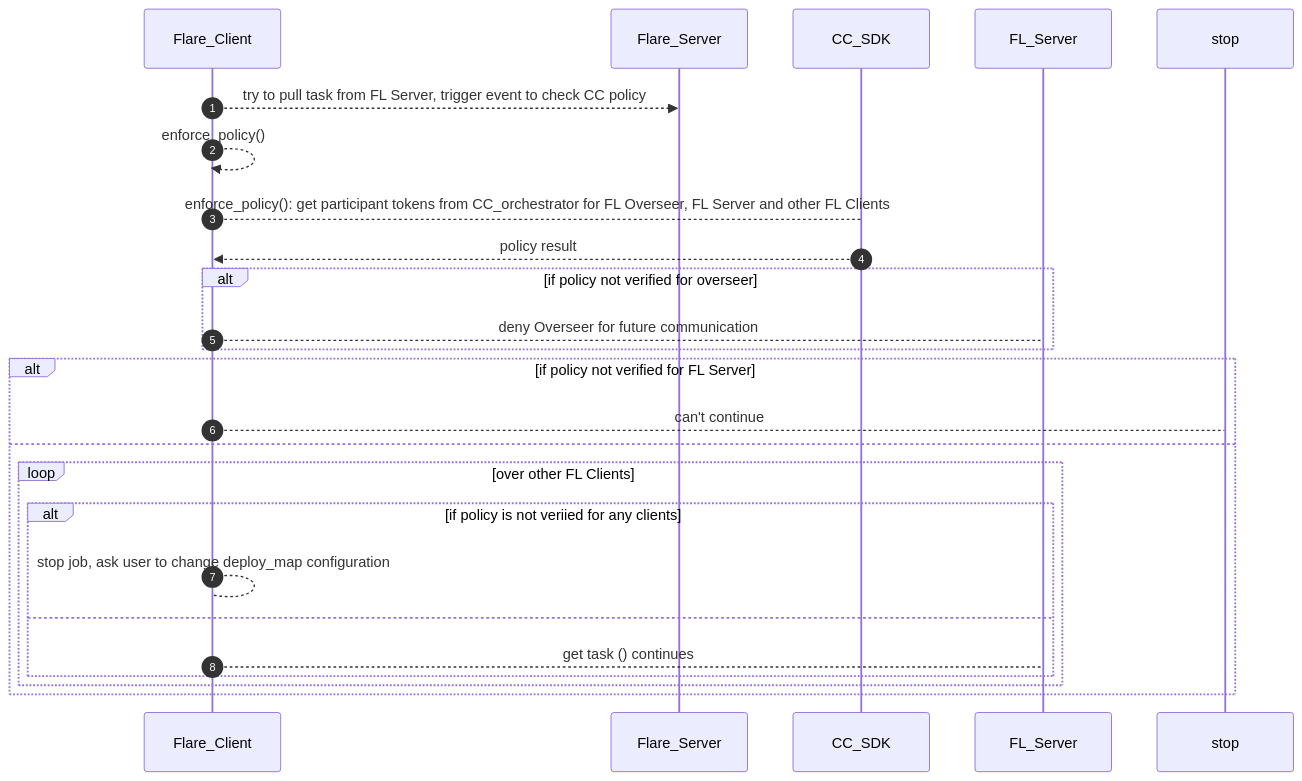
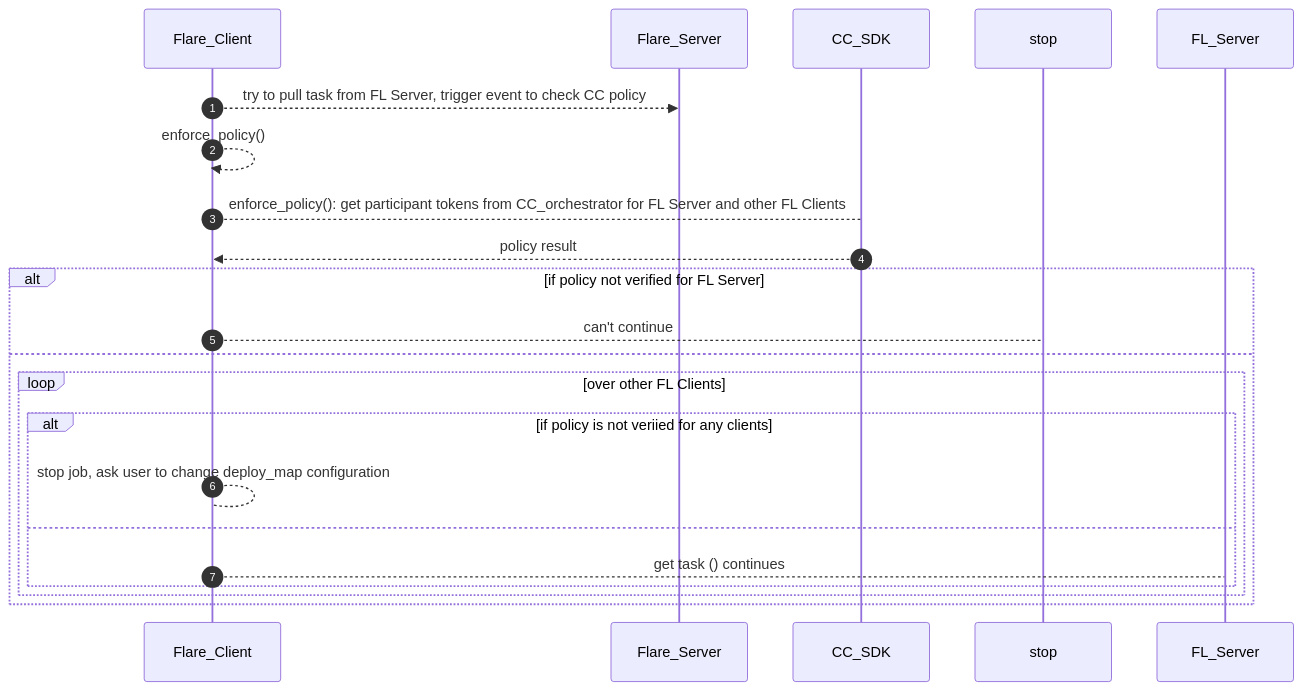
One commit to hitesh-ag1/NVFlare changed diagram 12 of 13 in docs/confidential_computing/detailed_cc_sequence_diagram.md. Above: the diagram before and after it, drawn with Mermaid. The commit also changed other lines of this file, not shown here.

Commit message:
Sequence diagram for CC

````diff
--- a/docs/confidential_computing/detailed_cc_sequence_diagram.md
+++ b/docs/confidential_computing/detailed_cc_sequence_diagram.md
@@ -294,29 +281,25 @@
 ```mermaid
 sequenceDiagram
    autonumber
 
     participant Flare_Client
     participant Flare_Server
     participant CC_SDK
     
     Flare_Client -->> Flare_Server: try to pull task from FL Server, trigger event to check CC policy
     Flare_Client -->> Flare_Client:  enforce_policy()
-    Flare_Client --> CC_SDK : enforce_policy(): get participant tokens from CC_orchestrator for FL Overseer, FL Server and other FL Clients 
+    Flare_Client --> CC_SDK : enforce_policy(): get participant tokens from CC_orchestrator for FL Server and other FL Clients 
     CC_SDK -->> Flare_Client : policy result
-    alt if policy not verified for overseer
-        Flare_Client --> FL_Server : deny Overseer for future communication
-    end
-
     alt if policy not verified for FL Server
         Flare_Client --> stop : can't continue
     else
         loop over other FL Clients
             alt if policy is not veriied for any clients
                 Flare_Client --> Flare_Client: stop job, ask user to change deploy_map configuration
             else
                 Flare_Client --> FL_Server : get task () continues
             end
         end
     end
    
 ```
````
